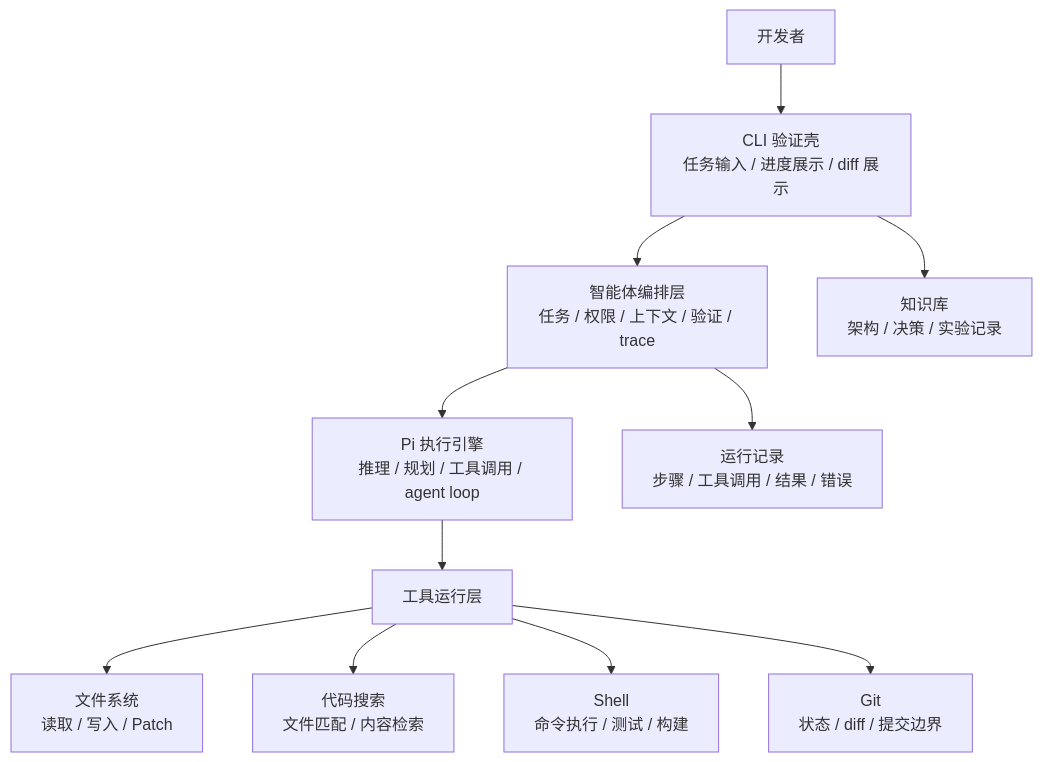
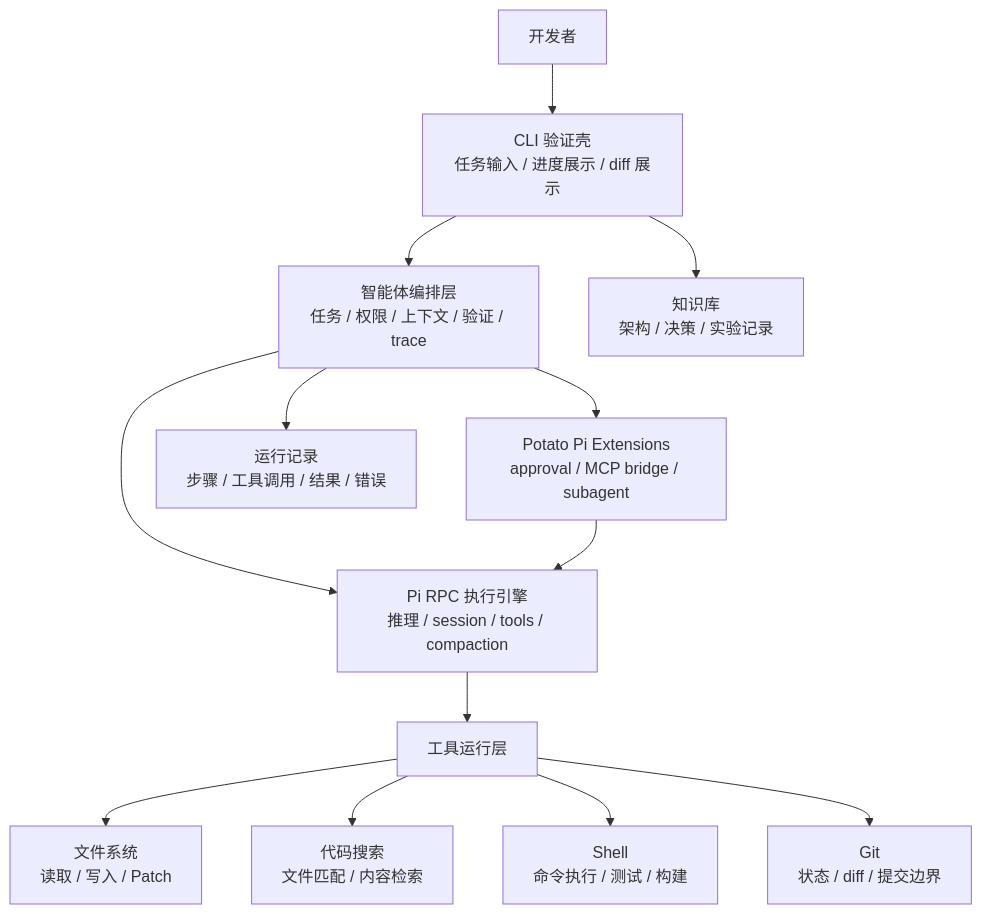
One commit to CrazyMrYan/potato-agent changed the first of 7 diagrams in wiki/architecture.md. Above: the diagram before and after it, drawn with Mermaid. The commit also changed other lines of this file and 38 other files, not shown here.

````diff
--- a/wiki/architecture.md
+++ b/wiki/architecture.md
@@ -61,13 +74,15 @@
 ```mermaid
 flowchart TB
     User["开发者"] --> CLI["CLI 验证壳<br/>任务输入 / 进度展示 / diff 展示"]
     CLI --> Orchestrator["智能体编排层<br/>任务 / 权限 / 上下文 / 验证 / trace"]
-    Orchestrator --> Pi["Pi 执行引擎<br/>推理 / 规划 / 工具调用 / agent loop"]
+    Orchestrator --> Pi["Pi RPC 执行引擎<br/>推理 / session / tools / compaction"]
+    Orchestrator --> Ext["Potato Pi Extensions<br/>approval / MCP bridge / subagent"]
+    Ext --> Pi
     Pi --> Tools["工具运行层"]
     Tools --> FS["文件系统<br/>读取 / 写入 / Patch"]
     Tools --> Search["代码搜索<br/>文件匹配 / 内容检索"]
     Tools --> Shell["Shell<br/>命令执行 / 测试 / 构建"]
     Tools --> Git["Git<br/>状态 / diff / 提交边界"]
     Orchestrator --> Trace["运行记录<br/>步骤 / 工具调用 / 结果 / 错误"]
     CLI --> Wiki["知识库<br/>架构 / 决策 / 实验记录"]
 ```
````
